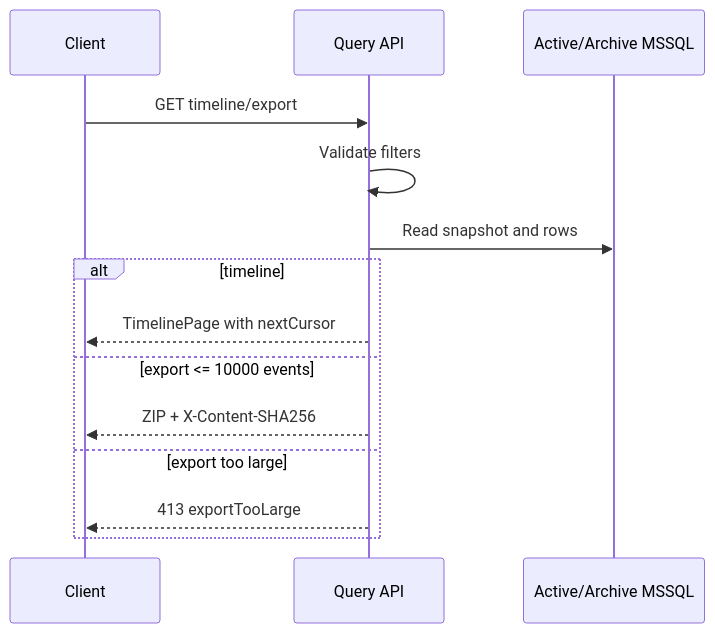
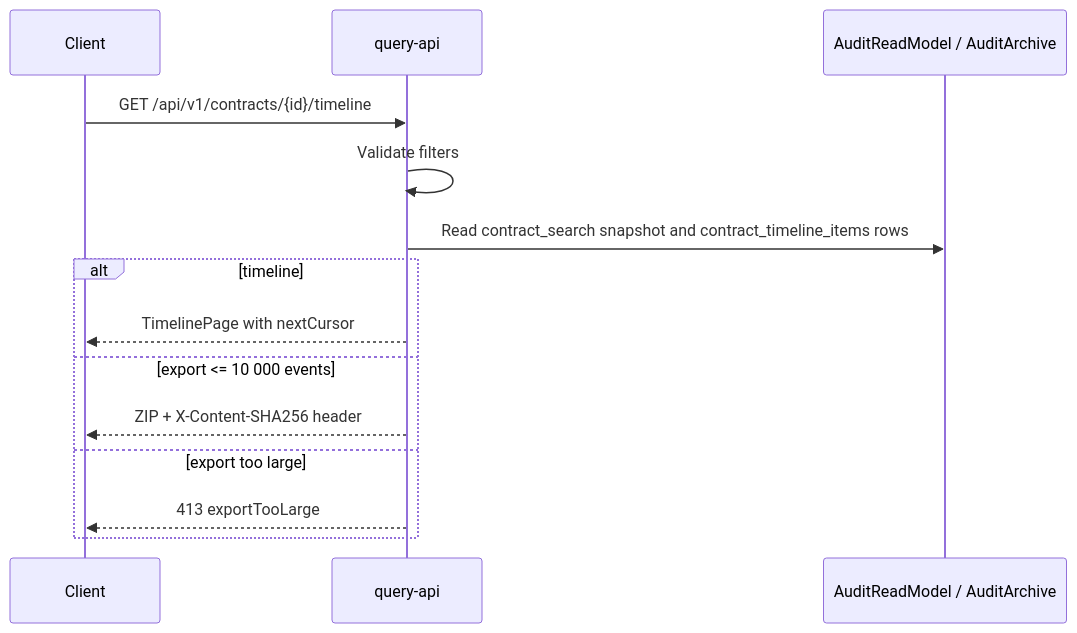
Before and after one commit to mmusiol-bitbite/publink: the second of 2 diagrams in docs/diagrams/sequence/query-export.md, drawn with Mermaid. The commit also changed other lines of this file and 30 other files, not shown here.

````diff
--- a/docs/diagrams/sequence/query-export.md
+++ b/docs/diagrams/sequence/query-export.md
@@ -11,16 +29,16 @@
 ```mermaid
 sequenceDiagram
     participant Client
-    participant API as Query API
-    participant Store as Active/Archive MSSQL
-    Client->>API: GET timeline/export
+    participant API as query-api
+    participant Store as AuditReadModel / AuditArchive
+    Client->>API: GET /api/v1/contracts/{id}/timeline
     API->>API: Validate filters
-    API->>Store: Read snapshot and rows
+    API->>Store: Read contract_search snapshot and contract_timeline_items rows
     alt timeline
         API-->>Client: TimelinePage with nextCursor
-    else export <= 10000 events
-        API-->>Client: ZIP + X-Content-SHA256
+    else export <= 10 000 events
+        API-->>Client: ZIP + X-Content-SHA256 header
     else export too large
         API-->>Client: 413 exportTooLarge
     end
 ```
````
